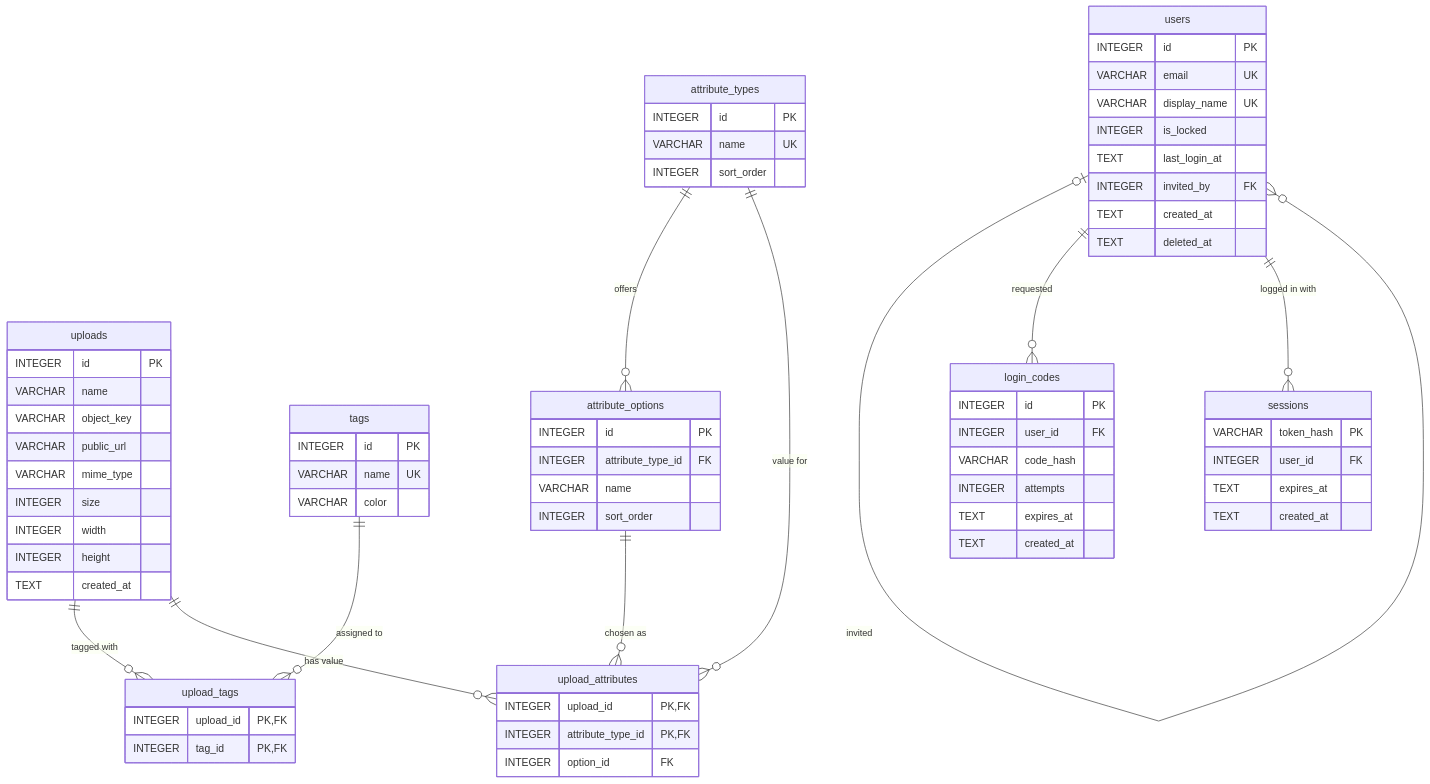
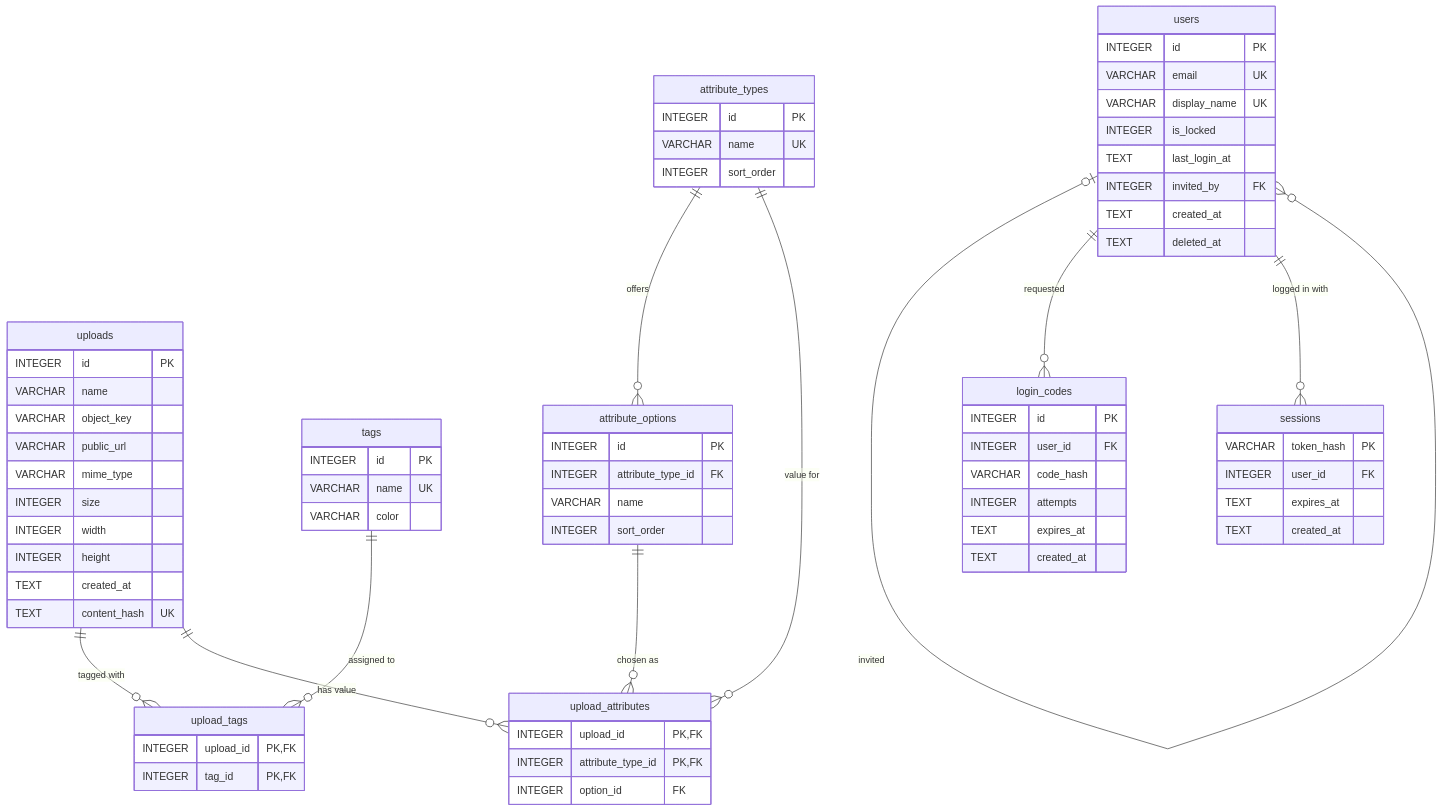
The diagram in app-node/docs/data-model.md (weedukind/muenzquell-galerie-admin), drawn with Mermaid before and after one commit. The commit also changed other lines of this file and 8 other files, not shown here.

First line of the commit message:
Refuse uploading the same image twice, by content hash

````diff
--- a/app-node/docs/data-model.md
+++ b/app-node/docs/data-model.md
@@ -5,73 +5,74 @@
 ```mermaid
 erDiagram
     uploads ||--o{ upload_tags : "tagged with"
     tags ||--o{ upload_tags : "assigned to"
     uploads ||--o{ upload_attributes : "has value"
     attribute_types ||--o{ attribute_options : "offers"
     attribute_types ||--o{ upload_attributes : "value for"
     attribute_options ||--o{ upload_attributes : "chosen as"
     users |o--o{ users : "invited"
     users ||--o{ login_codes : "requested"
     users ||--o{ sessions : "logged in with"
 
     uploads {
         INTEGER id PK
         VARCHAR name
         VARCHAR object_key
         VARCHAR public_url
         VARCHAR mime_type
         INTEGER size
         INTEGER width
         INTEGER height
         TEXT created_at
+        TEXT content_hash UK
     }
     tags {
         INTEGER id PK
         VARCHAR name UK
         VARCHAR color
     }
     upload_tags {
         INTEGER upload_id PK, FK
         INTEGER tag_id PK, FK
     }
     attribute_types {
         INTEGER id PK
         VARCHAR name UK
         INTEGER sort_order
     }
     attribute_options {
         INTEGER id PK
         INTEGER attribute_type_id FK
         VARCHAR name
         INTEGER sort_order
     }
     upload_attributes {
         INTEGER upload_id PK, FK
         INTEGER attribute_type_id PK, FK
         INTEGER option_id FK
     }
     users {
         INTEGER id PK
         VARCHAR email UK
         VARCHAR display_name UK
         INTEGER is_locked
         TEXT last_login_at
         INTEGER invited_by FK
         TEXT created_at
         TEXT deleted_at
     }
     login_codes {
         INTEGER id PK
         INTEGER user_id FK
         VARCHAR code_hash
         INTEGER attempts
         TEXT expires_at
         TEXT created_at
     }
     sessions {
         VARCHAR token_hash PK
         INTEGER user_id FK
         TEXT expires_at
         TEXT created_at
     }
 ```
````
